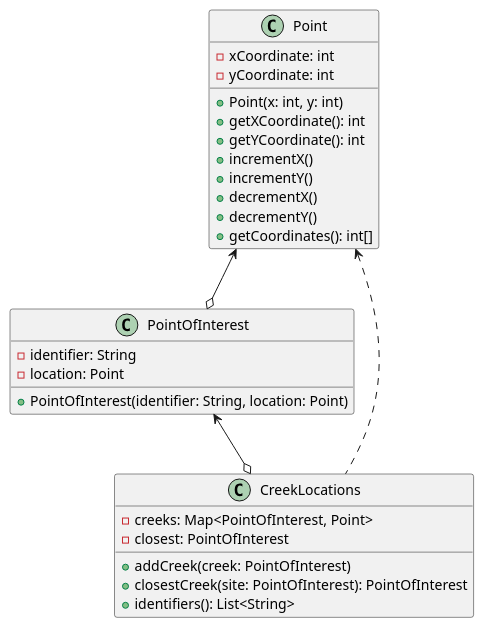
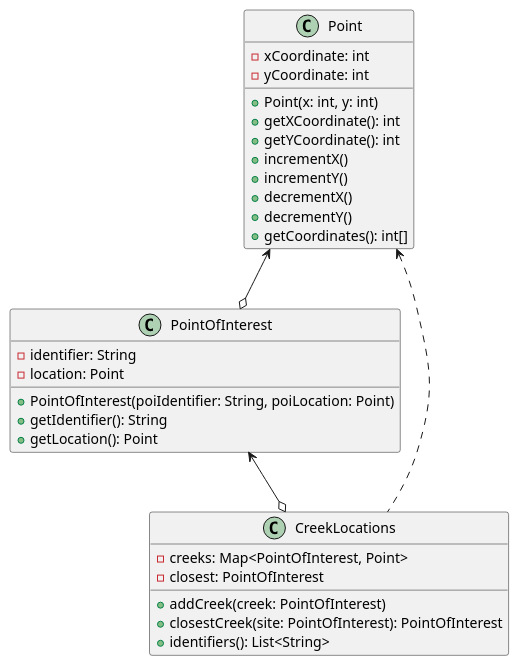
One commit to 2AA4-W24/a2-rescue-mission-team-205 changed the diagram in src/main/java/ca/mcmaster/se2aa4/island/team205/UMLs/detailed.puml. Above: the diagram before and after it, drawn with PlantUML. The commit also changed 2 other files, not shown here.

Commit message:
updated detailed UML

```diff
--- a/src/main/java/ca/mcmaster/se2aa4/island/team205/UMLs/detailed.puml
+++ b/src/main/java/ca/mcmaster/se2aa4/island/team205/UMLs/detailed.puml
@@ -1,34 +1,36 @@
 @startuml
 
 class Point {
  -xCoordinate: int
  -yCoordinate: int
  +Point(x: int, y: int)
  +getXCoordinate(): int
  +getYCoordinate(): int
  +incrementX()
  +incrementY()
  +decrementX()
  +decrementY()
  +getCoordinates(): int[]
 }
 
 class PointOfInterest {
  -identifier: String
  -location: Point
- +PointOfInterest(identifier: String, location: Point)
+ +PointOfInterest(poiIdentifier: String, poiLocation: Point)
+ +getIdentifier(): String
+ +getLocation(): Point
 }
 Point <--o PointOfInterest
 
 
 class CreekLocations {
  -creeks: Map<PointOfInterest, Point>
  -closest: PointOfInterest
  +addCreek(creek: PointOfInterest)
  +closestCreek(site: PointOfInterest): PointOfInterest
  +identifiers(): List<String>
 }
 Point <.. CreekLocations
 PointOfInterest <--o CreekLocations
 
 @enduml
```
